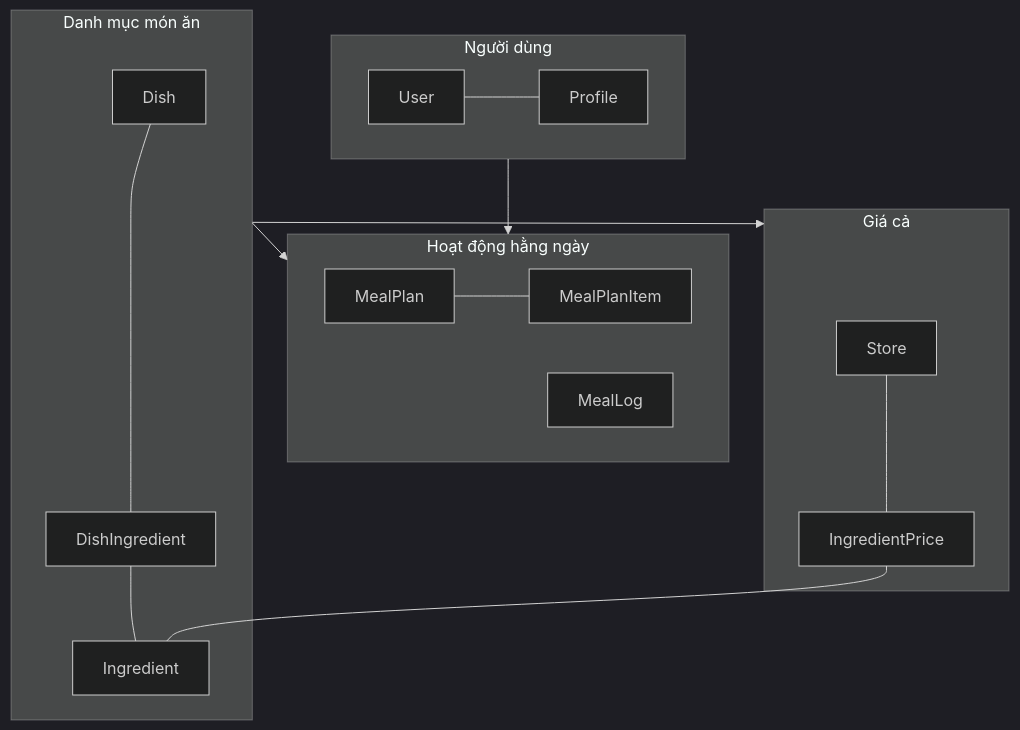
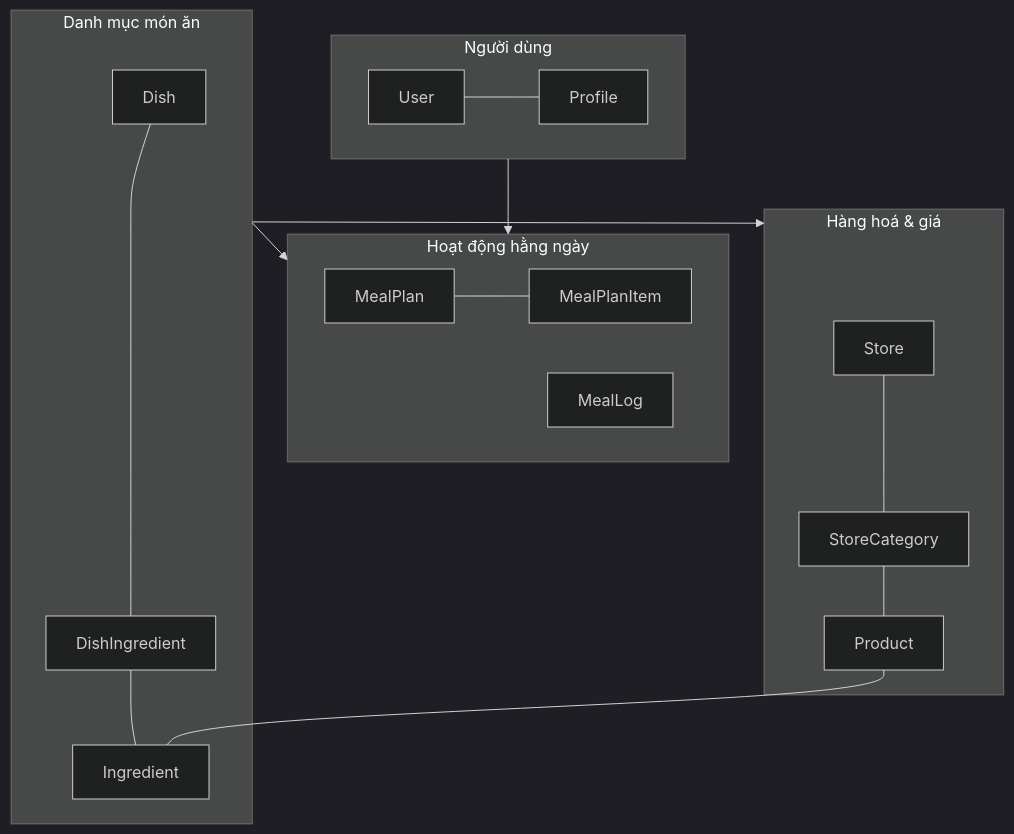
One commit to FlyingFish183/StudentBites changed the second of 2 diagrams in Backend/docs/03-mo-hinh-du-lieu.md. Above: the diagram before and after it, drawn with Mermaid (dark theme). The commit also changed other lines of this file and 9 other files, not shown here.

First line of the commit message:
docs: ERD sinh tự động + cập nhật tài liệu theo mô hình mới

````diff
--- a/Backend/docs/03-mo-hinh-du-lieu.md
+++ b/Backend/docs/03-mo-hinh-du-lieu.md
@@ -126,20 +156,20 @@
 ```mermaid
 flowchart TB
     subgraph N1["Người dùng"]
         User --- Profile
     end
     subgraph N2["Danh mục món ăn"]
         Dish --- DishIngredient --- Ingredient
     end
     subgraph N3["Hoạt động hằng ngày"]
         MealPlan --- MealPlanItem
         MealLog
     end
-    subgraph N4["Giá cả"]
-        Store --- IngredientPrice --- Ingredient
+    subgraph N4["Hàng hoá & giá"]
+        Store --- StoreCategory --- Product --- Ingredient
     end
 
     N1 --> N3
     N2 --> N3
     N2 --> N4
 ```
````
